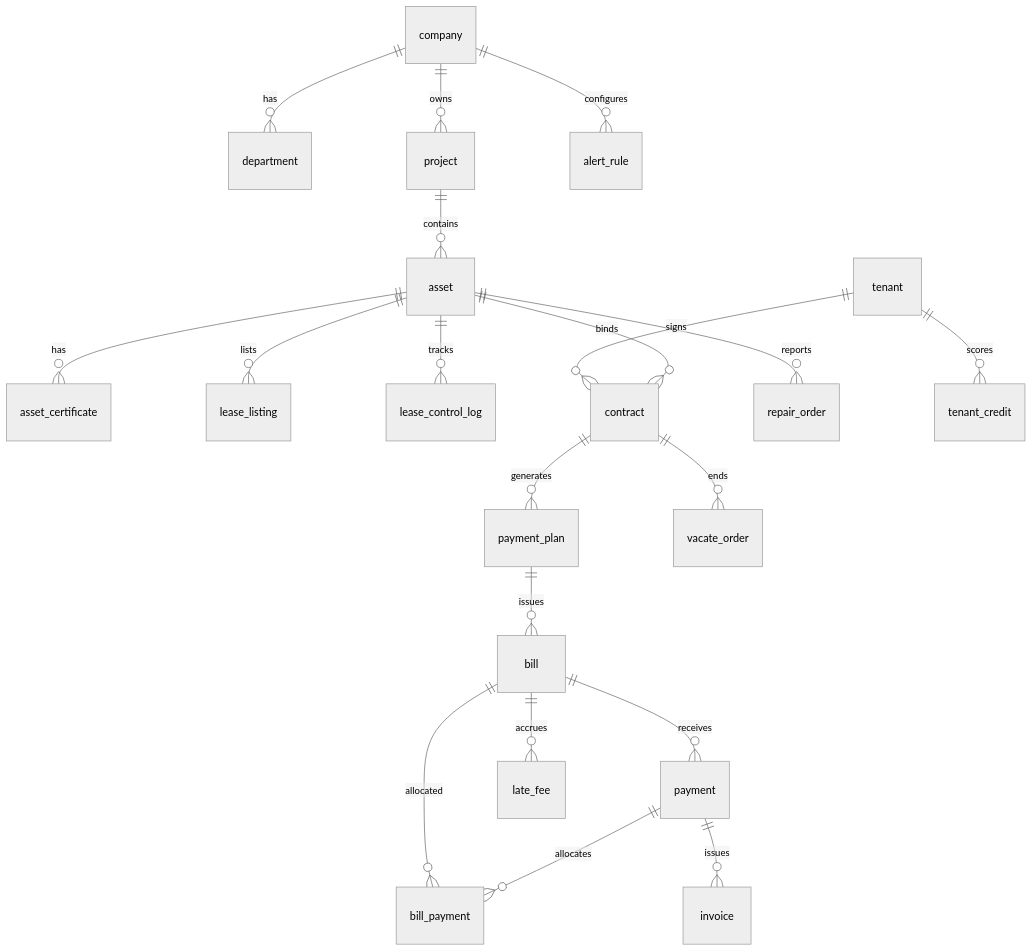
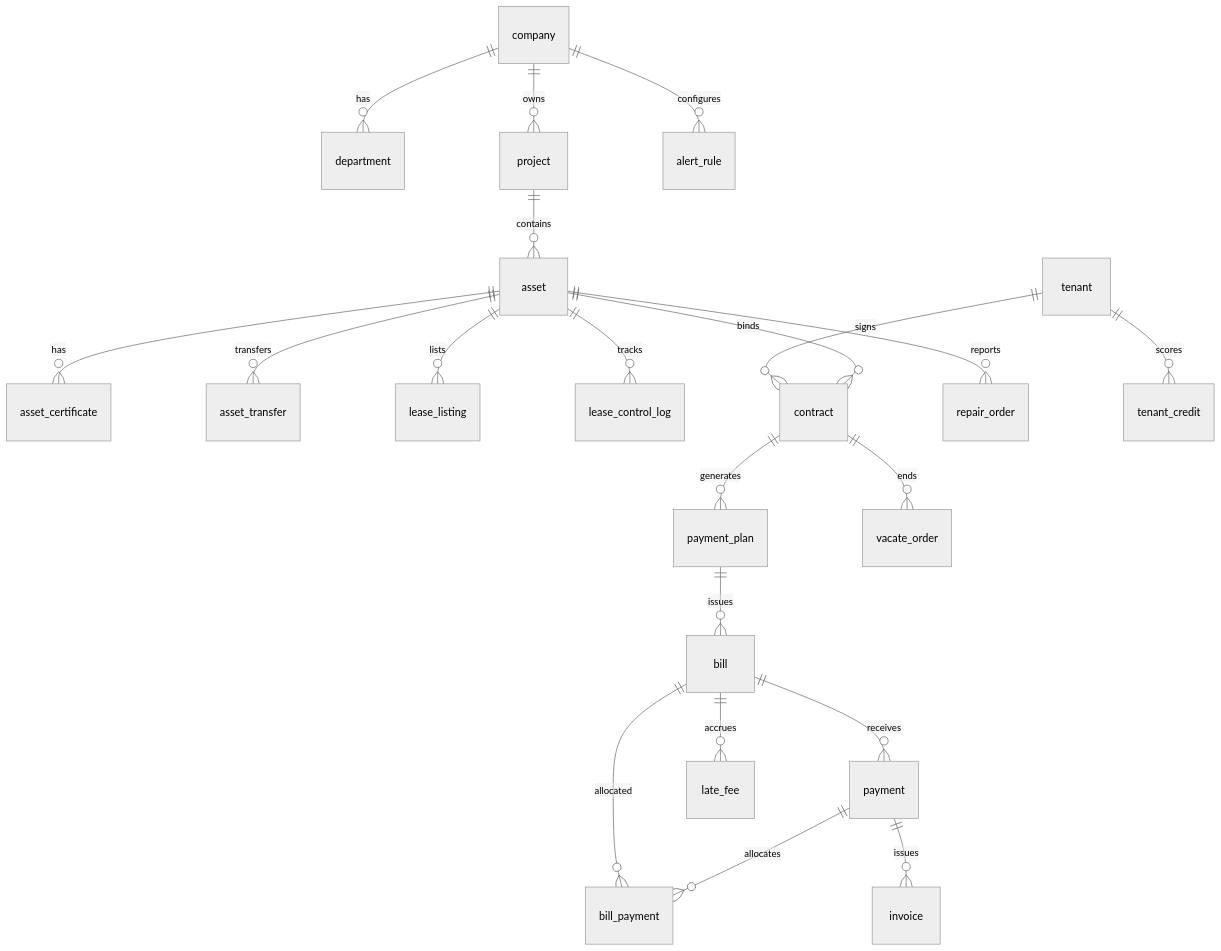
The diagram in docs/database/数据库设计.md (Jerry-RL/asset-management-system), drawn with Mermaid (neutral theme) before and after one commit. The commit also changed other lines of this file and 472 other files, not shown here.

````diff
--- a/docs/database/数据库设计.md
+++ b/docs/database/数据库设计.md
@@ -20,22 +20,23 @@
 ```mermaid
 erDiagram
   company ||--o{ department : has
   company ||--o{ project : owns
   project ||--o{ asset : contains
   asset ||--o{ asset_certificate : has
+  asset ||--o{ asset_transfer : transfers
   asset ||--o{ lease_listing : lists
   asset ||--o{ lease_control_log : tracks
   tenant ||--o{ contract : signs
   asset ||--o{ contract : binds
   contract ||--o{ payment_plan : generates
   payment_plan ||--o{ bill : issues
   bill ||--o{ payment : receives
   bill ||--o{ late_fee : accrues
   bill ||--o{ bill_payment : allocated
   payment ||--o{ bill_payment : allocates
   payment ||--o{ invoice : issues
   contract ||--o{ vacate_order : ends
   asset ||--o{ repair_order : reports
   company ||--o{ alert_rule : configures
   tenant ||--o{ tenant_credit : scores
 ```
````
